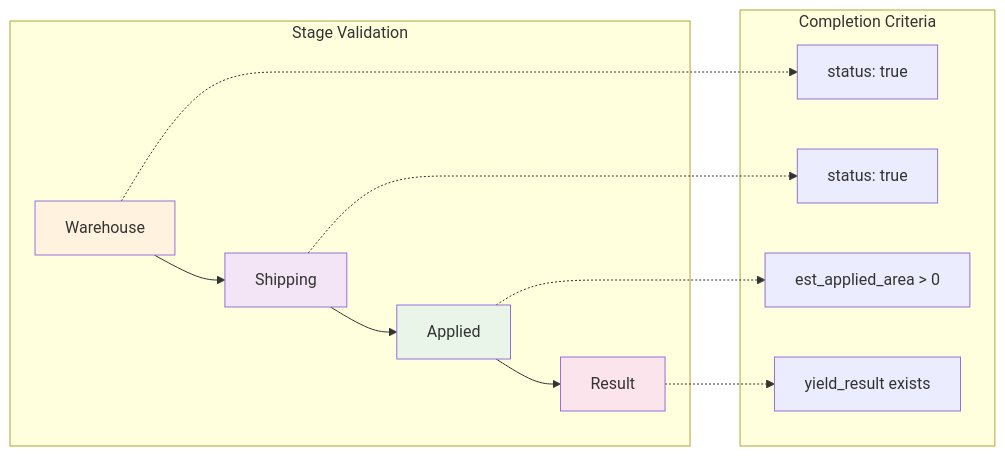
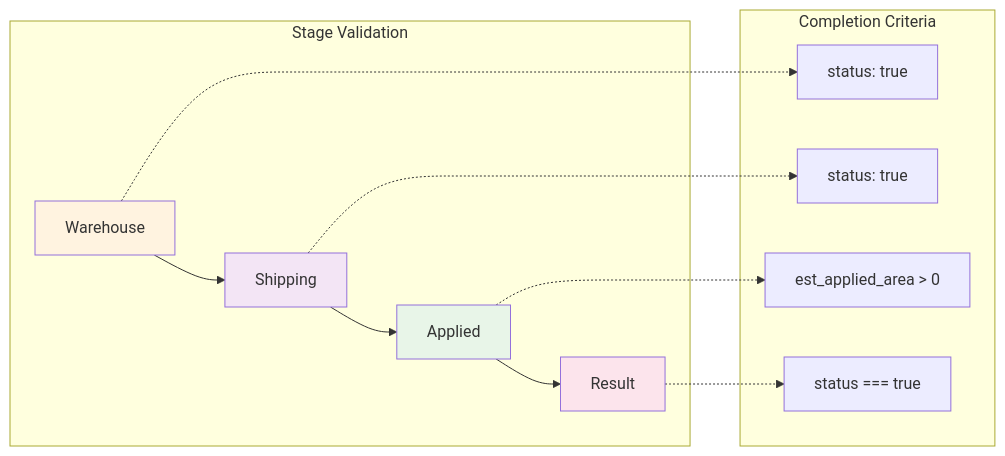
One commit to andikadwikid/dashboard-component changed the second of 3 diagrams in docs/ORDER_PROGRESS.md. Above: the diagram before and after it, drawn with Mermaid. The commit also changed other lines of this file and 19 other files, not shown here.

````diff
--- a/docs/ORDER_PROGRESS.md
+++ b/docs/ORDER_PROGRESS.md
@@ -66,25 +68,25 @@
 ```mermaid
 flowchart LR
     subgraph "Stage Validation"
         W[Warehouse] --> S[Shipping]
         S --> A[Applied]
         A --> R[Result]
     end
     
     subgraph "Completion Criteria"
         W1["status: true"] 
         S1["status: true"]
         A1["est_applied_area > 0"]
-        R1["yield_result exists"]
+        R1["status === true"]
     end
     
     W -.-> W1
     S -.-> S1
     A -.-> A1
     R -.-> R1
     
     style W fill:#fff3e0
     style S fill:#f3e5f5
     style A fill:#e8f5e8
     style R fill:#fce4ec
 ```
````
